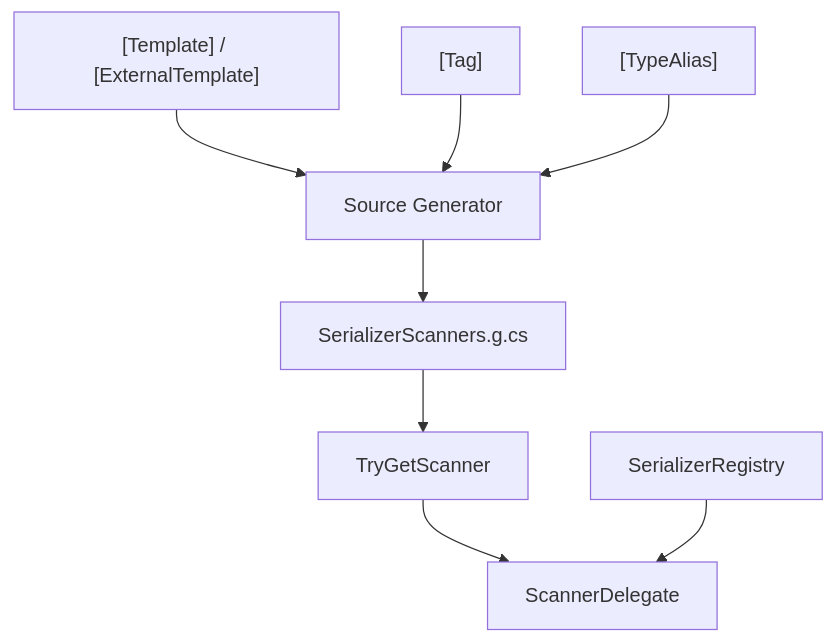
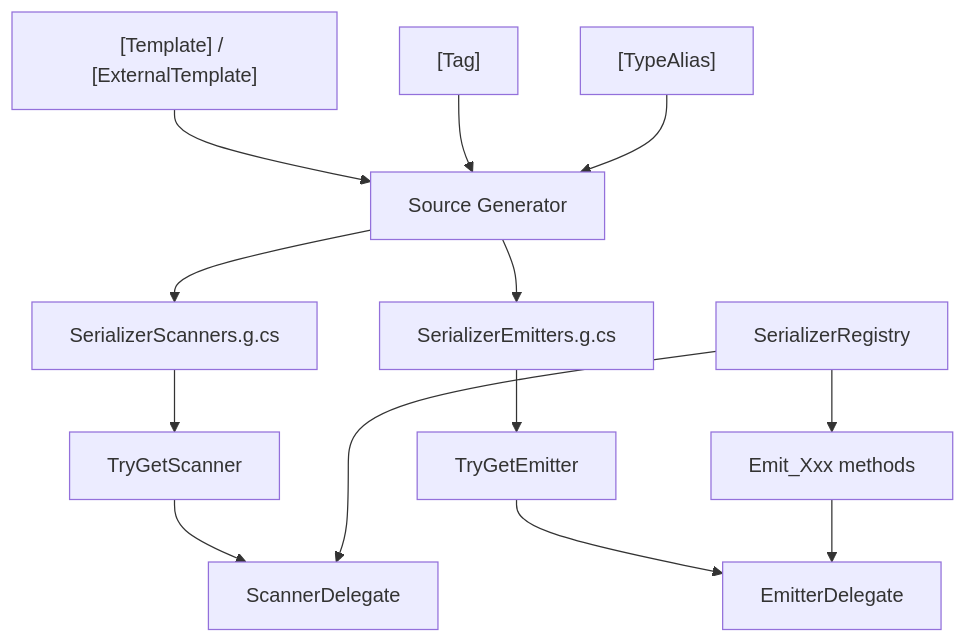
The diagram in docs/en/api/index.md (twds0x13/SourceSerializer), drawn with Mermaid before and after one commit. The commit also changed other lines of this file and 20 other files, not shown here.

````diff
--- a/docs/en/api/index.md
+++ b/docs/en/api/index.md
@@ -21,10 +22,15 @@
 ```mermaid
 flowchart TD
     A["[Template] / [ExternalTemplate]"] --> B[Source Generator]
     C["[Tag]"] --> B
     D["[TypeAlias]"] --> B
     B --> E[SerializerScanners.g.cs]
+    B --> E2[SerializerEmitters.g.cs]
     E --> F[TryGetScanner]
     F --> G[ScannerDelegate]
     H[SerializerRegistry] --> G
+    E2 --> K[TryGetEmitter]
+    K --> J[EmitterDelegate]
+    H --> I[Emit_Xxx methods]
+    I --> J
 ```
````
